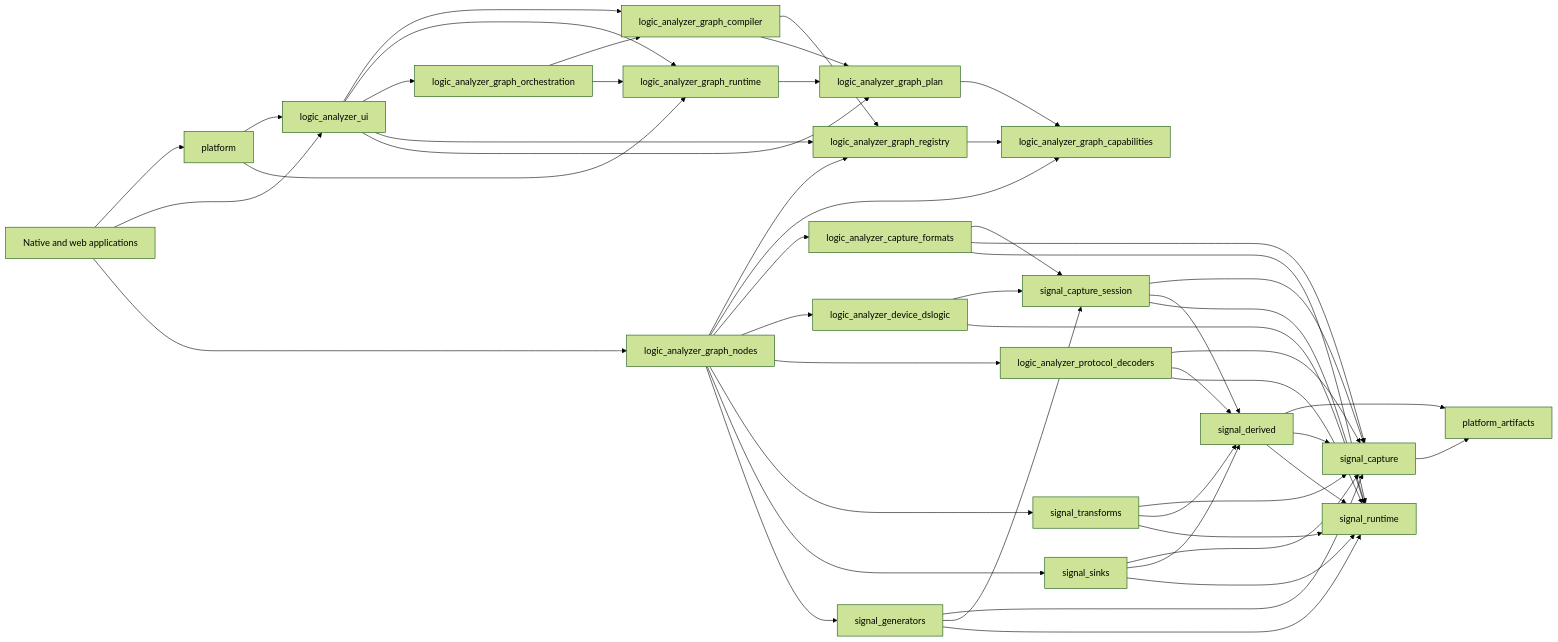
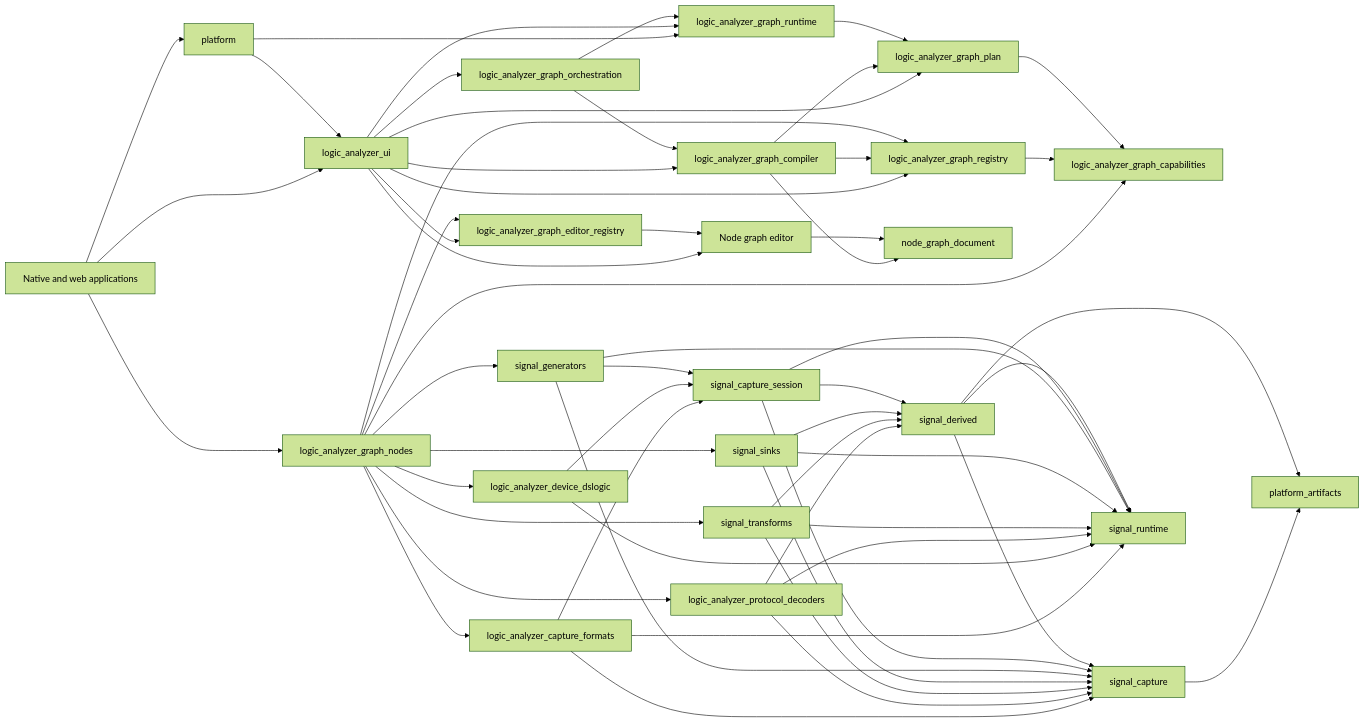
Before and after one commit to rcaelers/dsl: the diagram in docs/architecture/graph_composition.md, drawn with Mermaid (forest theme). The commit also changed other lines of this file and 144 other files, not shown here.

First line of the commit message:
refactor(graph)!: extract the portable document model

````diff
--- a/docs/architecture/graph_composition.md
+++ b/docs/architecture/graph_composition.md
@@ -31,56 +33,62 @@
 ```mermaid
 flowchart LR
     Apps[Native and web applications] --> Platform[platform]
     Apps --> UI[logic_analyzer_ui]
     Apps --> Nodes[logic_analyzer_graph_nodes]
     Platform --> UI
     Platform --> Runtime[logic_analyzer_graph_runtime]
 
     UI --> Compiler[logic_analyzer_graph_compiler]
     UI --> Runtime
     UI --> Orchestration[logic_analyzer_graph_orchestration]
     UI --> Registry[logic_analyzer_graph_registry]
+    UI --> EditorRegistry[logic_analyzer_graph_editor_registry]
     UI --> Plan[logic_analyzer_graph_plan]
+    UI --> Editor[Node graph editor]
 
     Orchestration --> Compiler
     Orchestration --> Runtime
     Compiler --> Registry
+    Compiler --> Document[node_graph_document]
     Compiler --> Plan
     Runtime --> Plan
 
     Nodes --> Registry
+    Nodes --> EditorRegistry
     Nodes --> Capabilities[logic_analyzer_graph_capabilities]
     Nodes --> Formats[logic_analyzer_capture_formats]
     Nodes --> Device[logic_analyzer_device_dslogic]
     Nodes --> Decoders[logic_analyzer_protocol_decoders]
     Nodes --> Transforms[signal_transforms]
     Nodes --> Sinks[signal_sinks]
     Nodes --> Generators[signal_generators]
     Registry --> Capabilities
+    EditorRegistry --> Editor
+    Editor --> Document
     Plan --> Capabilities
 
     Formats --> Session[signal_capture_session]
     Formats --> Capture[signal_capture]
     Formats --> Stream[signal_runtime]
     Device --> Session
     Device --> Stream
     Decoders --> Capture
     Decoders --> Derived[signal_derived]
     Decoders --> Stream
     Transforms --> Capture
     Transforms --> Derived
     Transforms --> Stream
     Sinks --> Capture
     Sinks --> Derived
     Sinks --> Stream
     Generators --> Capture
     Generators --> Session
     Generators --> Stream
     Session --> Capture
     Session --> Derived
     Session --> Stream
     Capture --> Artifacts[platform_artifacts]
     Derived --> Artifacts
     Derived --> Capture
     Derived --> Stream
 ```
````
